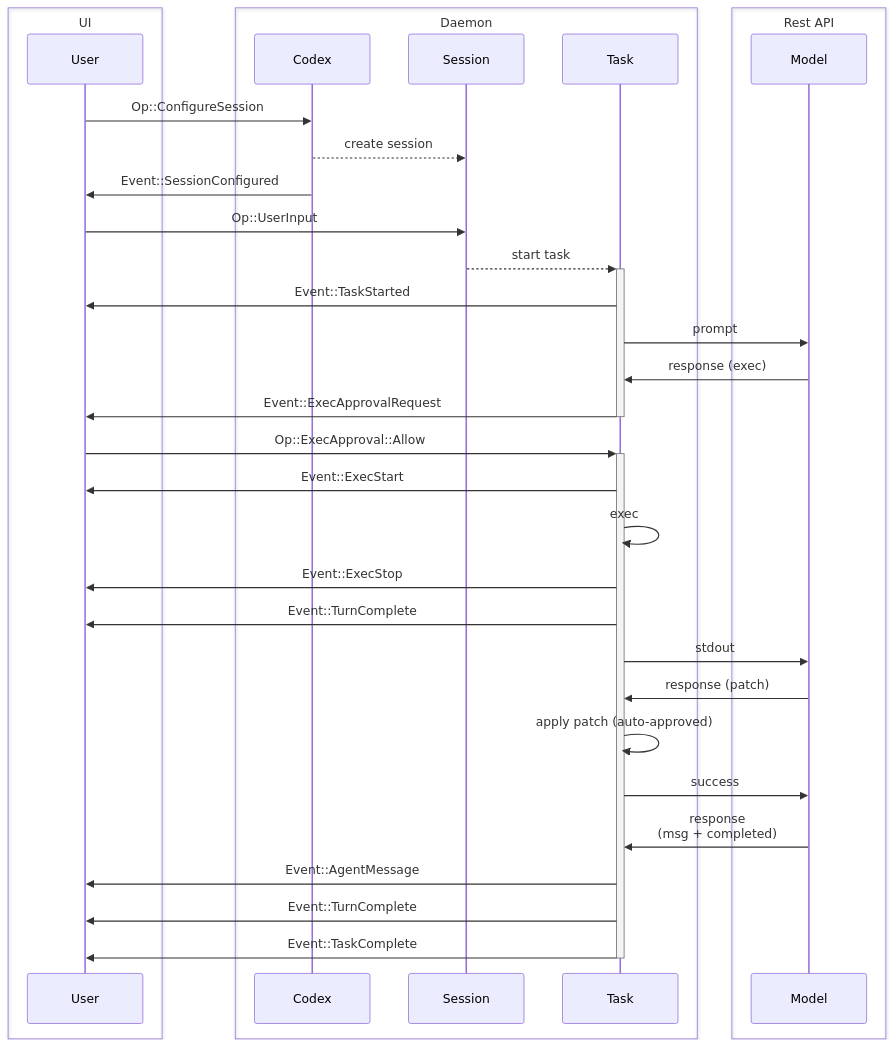
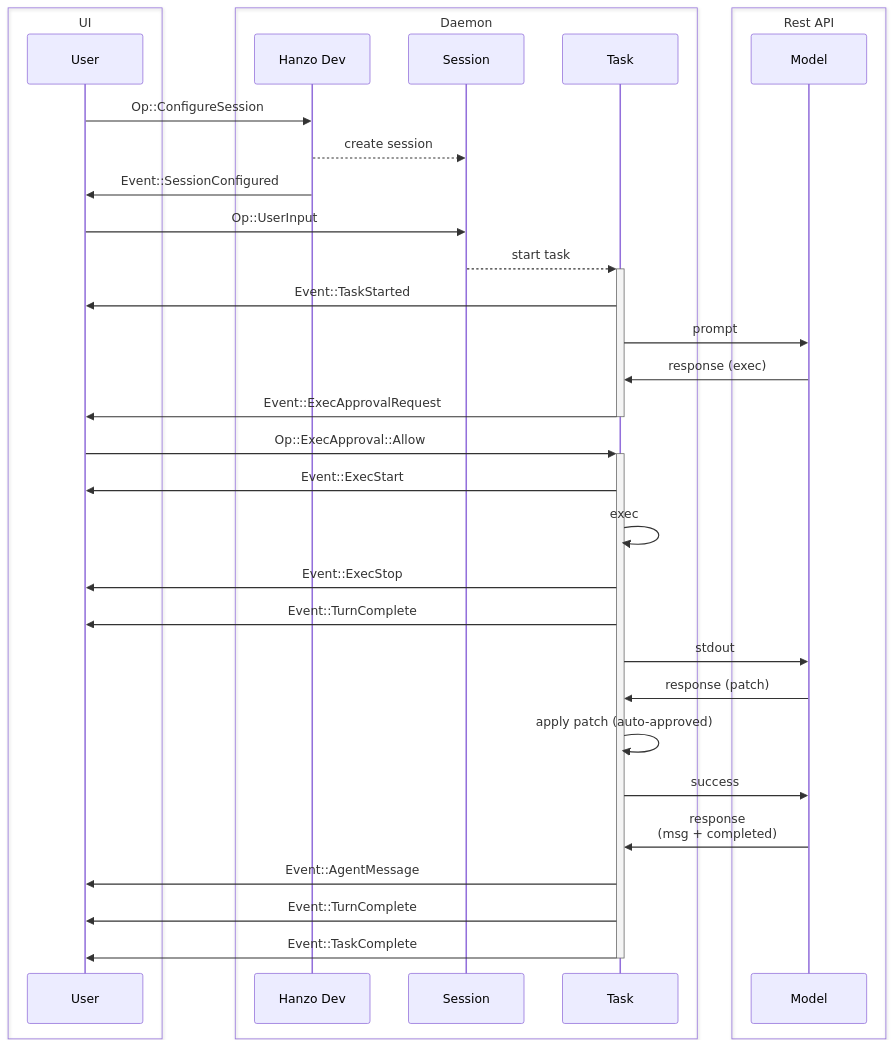
One commit to hanzoai/dev changed the first of 2 diagrams in code-rs/docs/protocol_v1.md. Above: the diagram before and after it, drawn with Mermaid. The commit also changed other lines of this file and 387 other files, not shown here.

````diff
--- a/code-rs/docs/protocol_v1.md
+++ b/code-rs/docs/protocol_v1.md
@@ -94,36 +94,36 @@
 ```mermaid
 sequenceDiagram
     box UI
     participant user as User
     end
     box Daemon
-    participant codex as Codex
+    participant dev as Hanzo Dev
     participant session as Session
     participant task as Task
     end
     box Rest API
     participant agent as Model
     end
-    user->>codex: Op::ConfigureSession
-    codex-->>session: create session
-    codex->>user: Event::SessionConfigured
+    user->>dev: Op::ConfigureSession
+    dev-->>session: create session
+    dev->>user: Event::SessionConfigured
     user->>session: Op::UserInput
     session-->>+task: start task
     task->>user: Event::TaskStarted
     task->>agent: prompt
     agent->>task: response (exec)
     task->>-user: Event::ExecApprovalRequest
     user->>+task: Op::ExecApproval::Allow
     task->>user: Event::ExecStart
     task->>task: exec
     task->>user: Event::ExecStop
     task->>user: Event::TurnComplete
     task->>agent: stdout
     agent->>task: response (patch)
     task->>task: apply patch (auto-approved)
     task->>agent: success
     agent->>task: response<br/>(msg + completed)
     task->>user: Event::AgentMessage
     task->>user: Event::TurnComplete
     task->>-user: Event::TaskComplete
 ```
````
